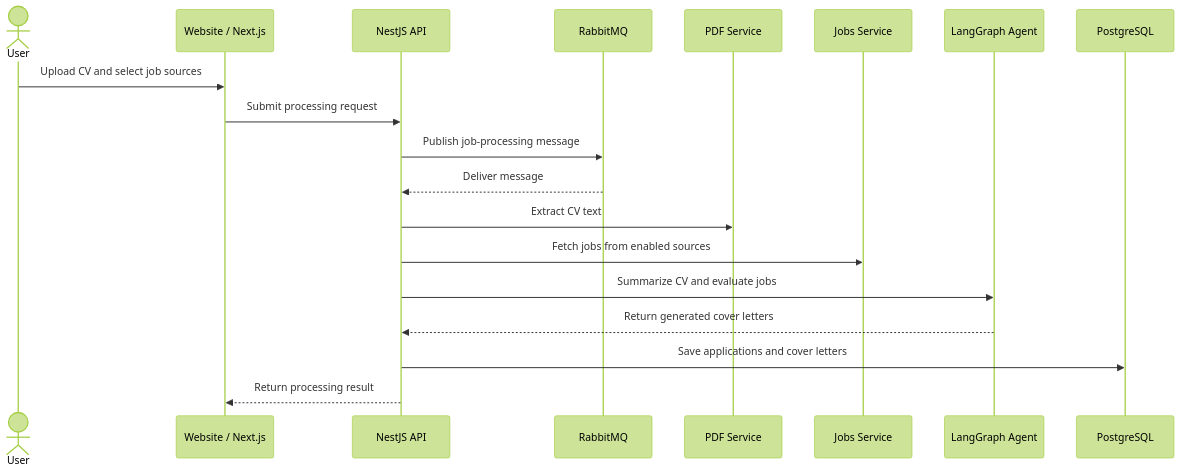
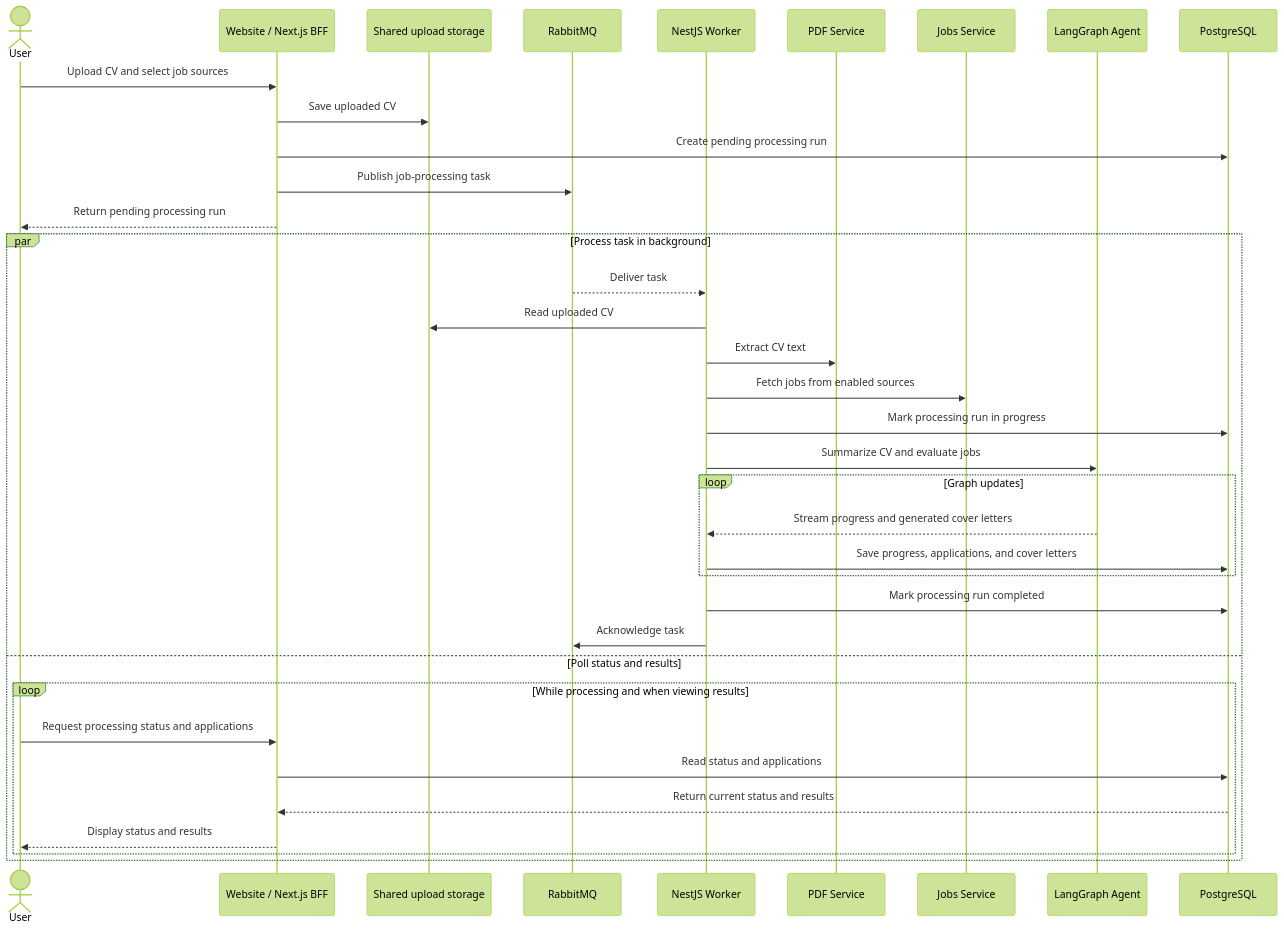
One commit to lojzatran/job-applicator changed the third of 3 diagrams in README.md. Above: the diagram before and after it, drawn with Mermaid (forest theme). The commit also changed other lines of this file and 63 other files, not shown here.

Commit message:
refactor(worker): rename api to worker

````diff
--- a/README.md
+++ b/README.md
@@ -328,22 +329,39 @@
 ```mermaid
 sequenceDiagram
   actor User
-  participant Website as Website / Next.js
-  participant Api as NestJS API
+  participant Website as Website / Next.js BFF
+  participant Storage as Shared upload storage
   participant Queue as RabbitMQ
+  participant Worker as NestJS Worker
   participant Pdf as PDF Service
   participant Jobs as Jobs Service
   participant Graph as LangGraph Agent
   participant DB as PostgreSQL
 
   User->>Website: Upload CV and select job sources
-  Website->>Api: Submit processing request
-  Api->>Queue: Publish job-processing message
-  Queue-->>Api: Deliver message
-  Api->>Pdf: Extract CV text
-  Api->>Jobs: Fetch jobs from enabled sources
-  Api->>Graph: Summarize CV and evaluate jobs
-  Graph-->>Api: Return generated cover letters
-  Api->>DB: Save applications and cover letters
-  Api-->>Website: Return processing result
+  Website->>Storage: Save uploaded CV
+  Website->>DB: Create pending processing run
+  Website->>Queue: Publish job-processing task
+  Website-->>User: Return pending processing run
+  par Process task in background
+    Queue-->>Worker: Deliver task
+    Worker->>Storage: Read uploaded CV
+    Worker->>Pdf: Extract CV text
+    Worker->>Jobs: Fetch jobs from enabled sources
+    Worker->>DB: Mark processing run in progress
+    Worker->>Graph: Summarize CV and evaluate jobs
+    loop Graph updates
+      Graph-->>Worker: Stream progress and generated cover letters
+      Worker->>DB: Save progress, applications, and cover letters
+    end
+    Worker->>DB: Mark processing run completed
+    Worker->>Queue: Acknowledge task
+  and Poll status and results
+    loop While processing and when viewing results
+      User->>Website: Request processing status and applications
+      Website->>DB: Read status and applications
+      DB-->>Website: Return current status and results
+      Website-->>User: Display status and results
+    end
+  end
 ```
````
